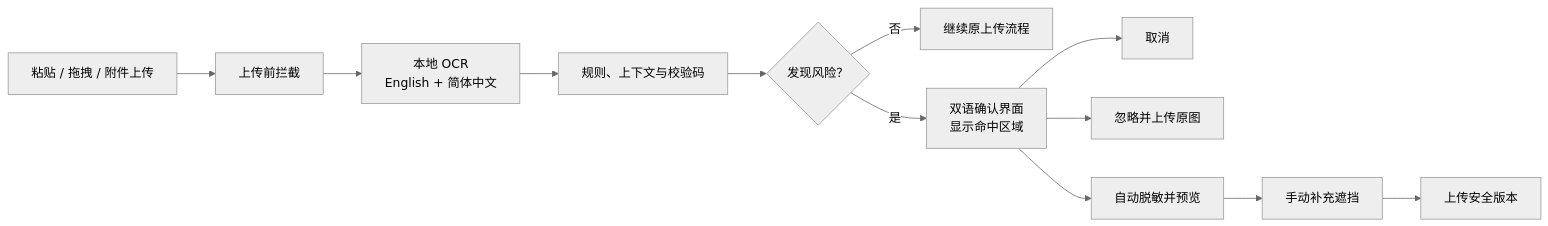
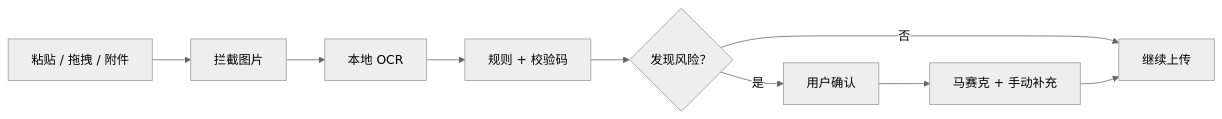
The diagram in README.zh-CN.md (donghan22/redact-before-send), drawn with Mermaid (neutral theme) before and after one commit. The commit also changed other lines of this file and 33 other files, not shown here.

```diff
--- a/README.zh-CN.md
+++ b/README.zh-CN.md
@@ -50,14 +77,11 @@
 ~~~mermaid
 flowchart LR
-    A["粘贴 / 拖拽 / 附件上传"] --> B["上传前拦截"]
-    B --> C["本地 OCR<br/>English + 简体中文"]
-    C --> D["规则、上下文与校验码"]
+    A["粘贴 / 拖拽 / 附件"] --> B["拦截图片"]
+    B --> C["本地 OCR"]
+    C --> D["规则 + 校验码"]
     D --> E{"发现风险？"}
-    E -- 否 --> F["继续原上传流程"]
-    E -- 是 --> G["双语确认界面<br/>显示命中区域"]
-    G --> H["取消"]
-    G --> I["忽略并上传原图"]
-    G --> J["自动脱敏并预览"]
-    J --> K["手动补充遮挡"]
-    K --> L["上传安全版本"]
+    E -- 否 --> F["继续上传"]
+    E -- 是 --> G["用户确认"]
+    G --> H["马赛克 + 手动补充"]
+    H --> F
 ~~~
```
